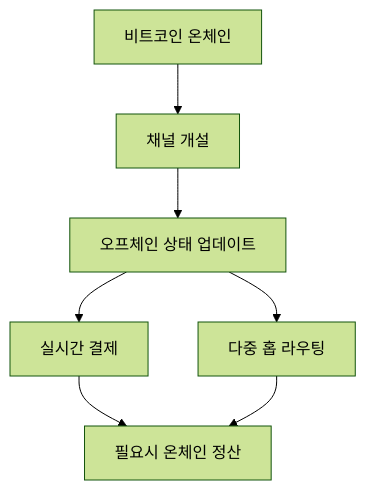
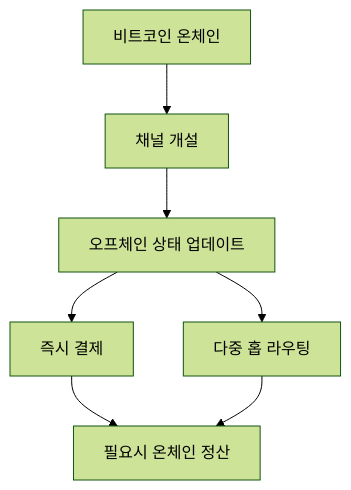
The diagram in content/06_라이트닝/index.md (kokonuteagle/BITCOIN_wiki), drawn with Mermaid (forest theme) before and after one commit. The commit also changed other lines of this file and 60 other files, not shown here.

````diff
--- a/content/06_라이트닝/index.md
+++ b/content/06_라이트닝/index.md
@@ -14,9 +9,9 @@
 ```mermaid
 flowchart TD
     A[비트코인 온체인] --> B[채널 개설]
     B --> C[오프체인 상태 업데이트]
-    C --> D[실시간 결제]
+    C --> D[즉시 결제]
     C --> E[다중 홉 라우팅]
     D --> F[필요시 온체인 정산]
     E --> F
 ```
````
